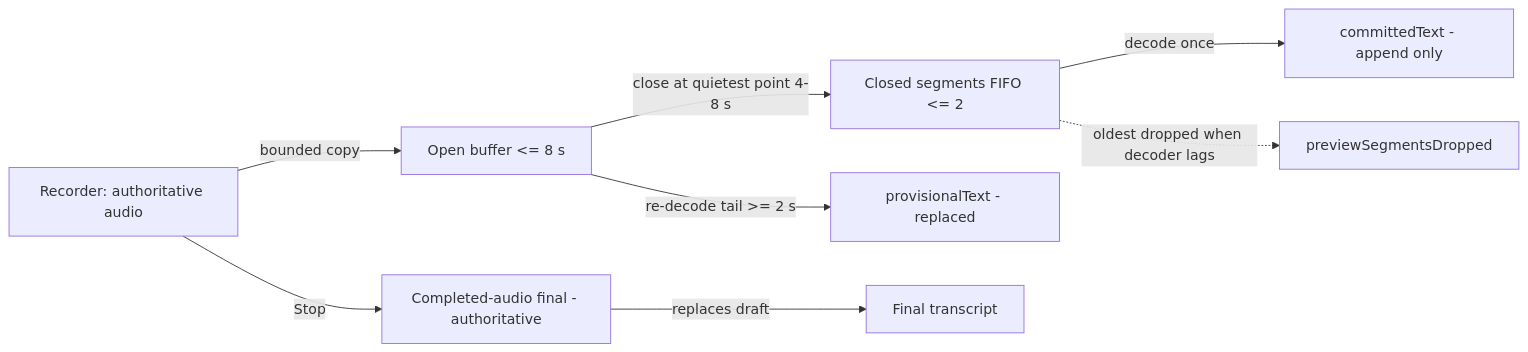
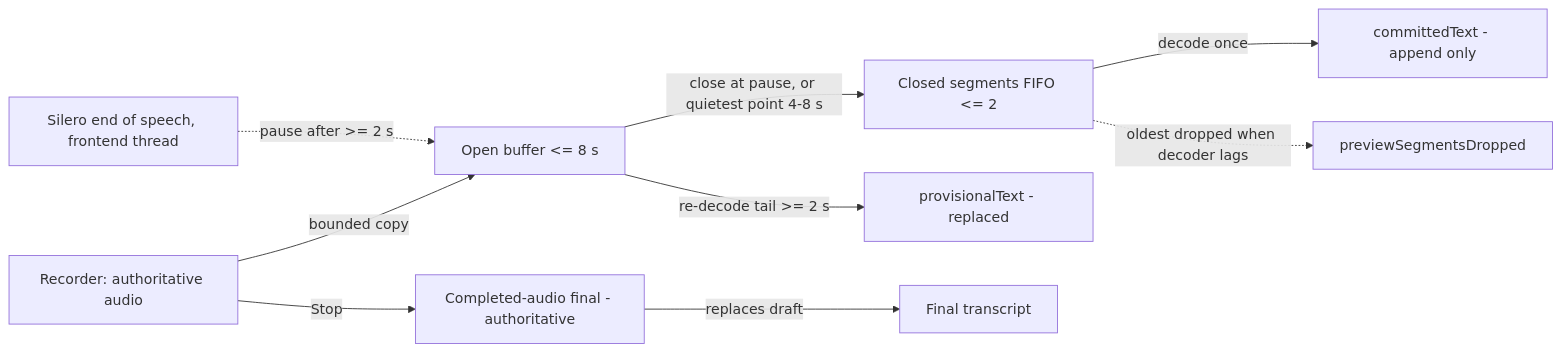
One commit to rahulsharmavishwakarma/vesper changed the first of 2 diagrams in docs/live-transcription.md. Above: the diagram before and after it, drawn with Mermaid. The commit also changed other lines of this file and 5 other files, not shown here.

First line of the commit message:
Close live preview segments at detected speech pauses

````diff
--- a/docs/live-transcription.md
+++ b/docs/live-transcription.md
@@ -43,10 +48,11 @@
 ```mermaid
 flowchart LR
     mic[Recorder: authoritative audio] -->|bounded copy| open[Open buffer <= 8 s]
-    open -->|close at quietest point 4-8 s| pending[Closed segments FIFO <= 2]
+    vad[Silero end of speech, frontend thread] -.->|pause after >= 2 s| open
+    open -->|close at pause, or quietest point 4-8 s| pending[Closed segments FIFO <= 2]
     pending -->|decode once| committed[committedText - append only]
     open -->|re-decode tail >= 2 s| provisional[provisionalText - replaced]
     pending -. oldest dropped when decoder lags .-> dropped[previewSegmentsDropped]
     mic -->|Stop| final[Completed-audio final - authoritative]
     final -->|replaces draft| result[Final transcript]
 ```
````
